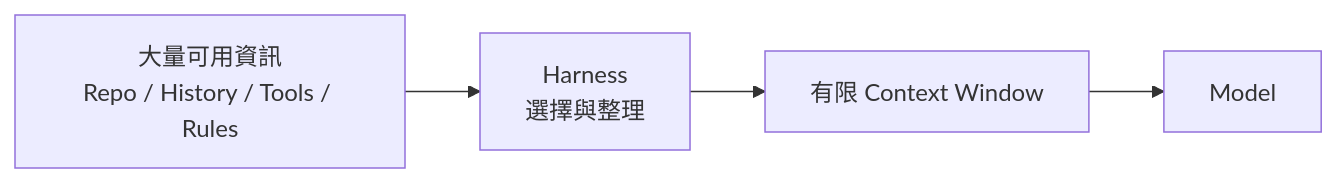
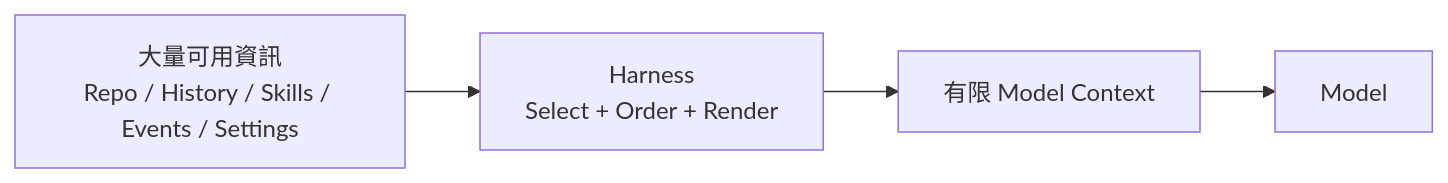
Before and after one commit to indigofeather/harness-book: the first of 6 diagrams in docs/foundations/context-and-caching.md, drawn with Mermaid. The commit also changed other lines of this file and 48 other files, not shown here.

````diff
--- a/docs/foundations/context-and-caching.md
+++ b/docs/foundations/context-and-caching.md
@@ -38,6 +17,6 @@
 ```mermaid
 flowchart LR
-  W[大量可用資訊\nRepo / History / Tools / Rules] --> H[Harness\n選擇與整理]
-  H --> C[有限 Context Window]
+  W[大量可用資訊\nRepo / History / Skills / Events / Settings] --> H[Harness\nSelect + Order + Render]
+  H --> C[有限 Model Context]
   C --> M[Model]
 ```
````
